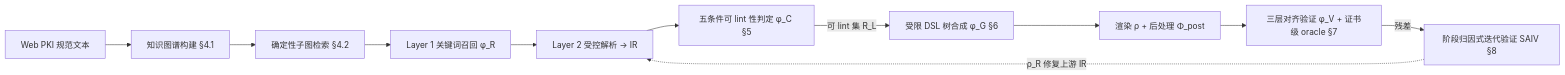
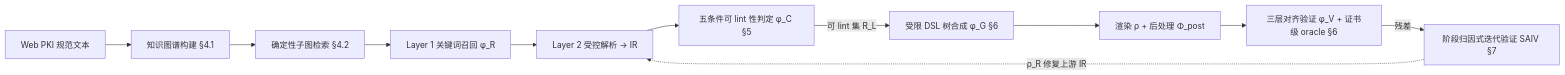
The diagram in Paper_Unified_PKI_E2E.md (Bernhard1826/cicas), drawn with Mermaid before and after one commit. The commit also changed other lines of this file, not shown here.

````diff
--- a/Paper_Unified_PKI_E2E.md
+++ b/Paper_Unified_PKI_E2E.md
@@ -105,13 +101,13 @@
 ```mermaid
 flowchart LR
   S[Web PKI 规范文本] --> KG[知识图谱构建 §4.1]
   KG --> R[确定性子图检索 §4.2]
   R --> L1["Layer 1 关键词召回 φ_R"]
   L1 --> L2["Layer 2 受控解析 → IR"]
   L2 --> C["五条件可 lint 性判定 φ_C §5"]
   C -->|"可 lint 集 R_L"| G["受限 DSL 树合成 φ_G §6"]
   G --> RHO["渲染 ρ + 后处理 Φ_post"]
-  RHO --> V["三层对齐验证 φ_V + 证书级 oracle §7"]
-  V -->|残差| SAIV["阶段归因式迭代验证 SAIV §8"]
+  RHO --> V["三层对齐验证 φ_V + 证书级 oracle §6"]
+  V -->|残差| SAIV["阶段归因式迭代验证 SAIV §7"]
   SAIV -. "ρ_R 修复上游 IR" .-> L2
 ```
````
